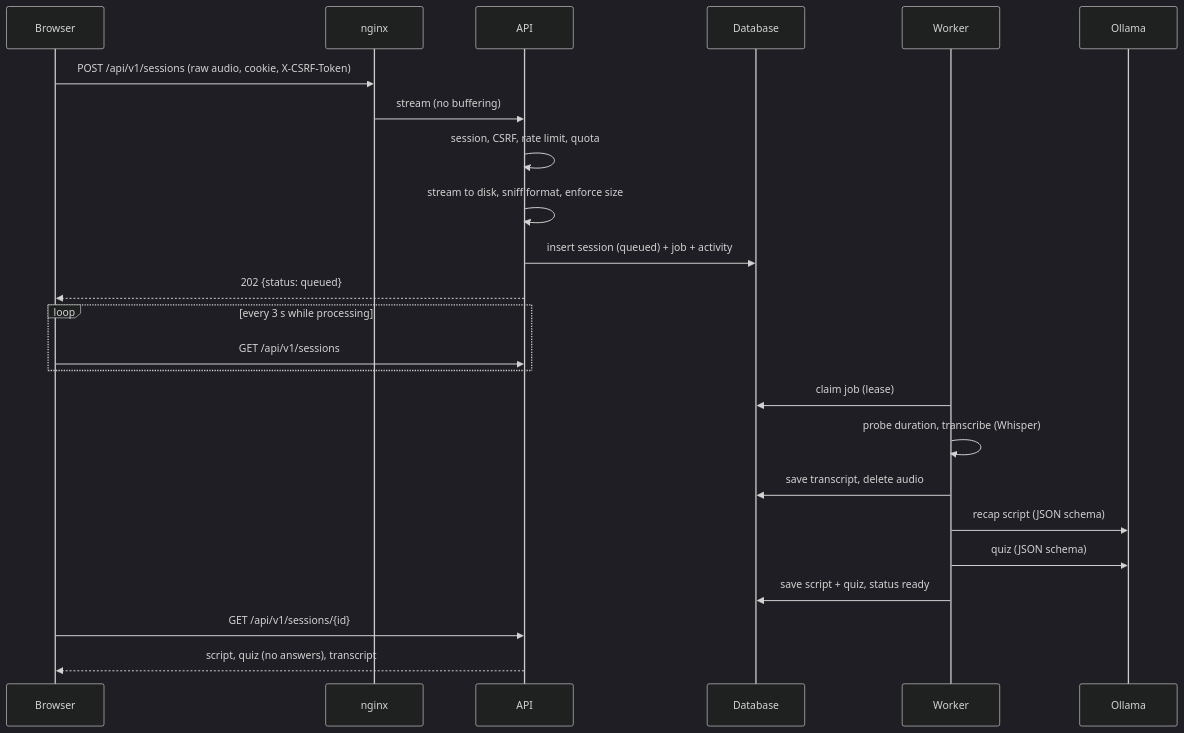
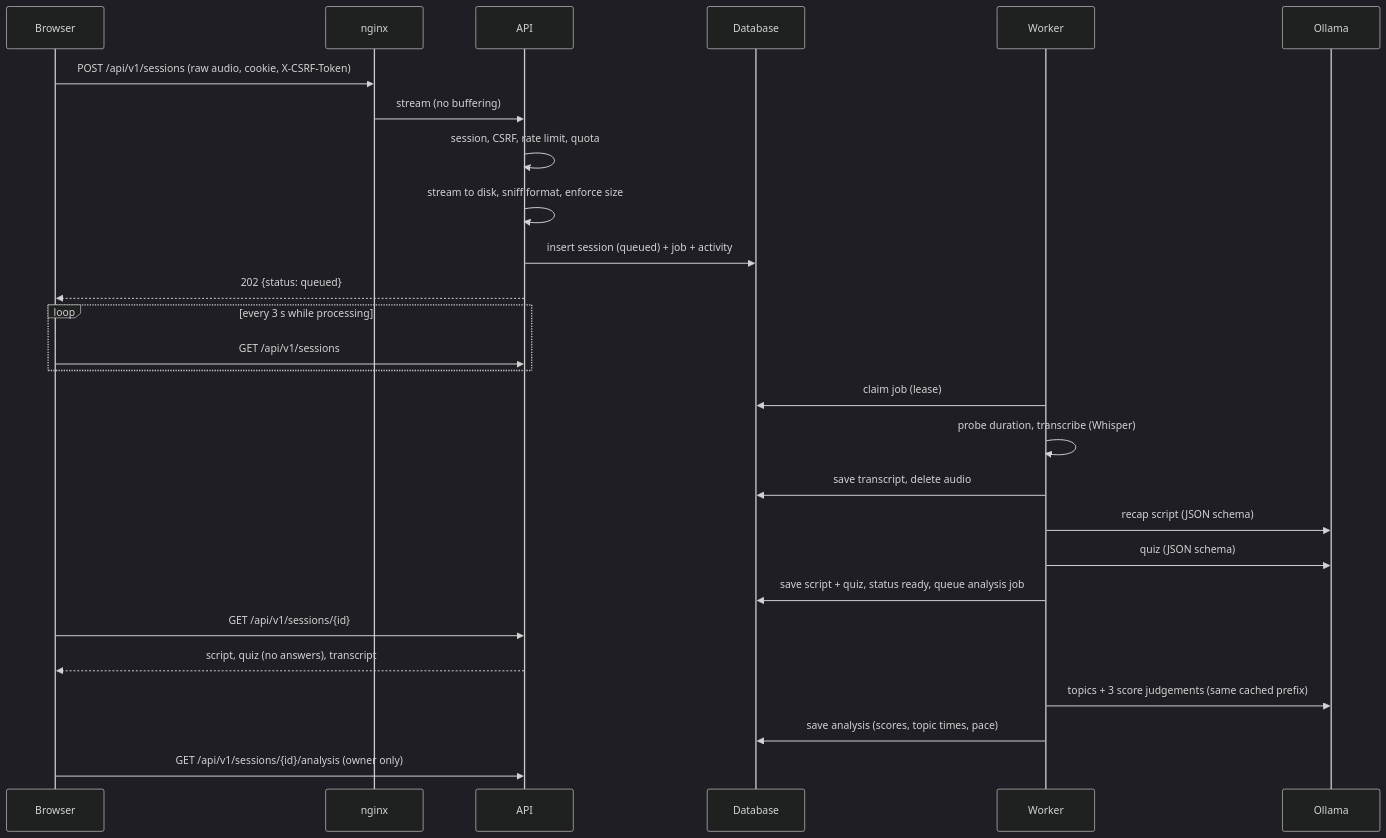
One commit to DieTatsache/TranscriptionTool changed the first of 2 diagrams in docs/ARCHITECTURE.md. Above: the diagram before and after it, drawn with Mermaid (dark theme). The commit also changed other lines of this file and 124 other files, not shown here.

````diff
--- a/docs/ARCHITECTURE.md
+++ b/docs/ARCHITECTURE.md
@@ -20,27 +20,30 @@
 ```mermaid
 sequenceDiagram
     participant B as Browser
     participant W as nginx
     participant A as API
     participant D as Database
     participant Q as Worker
     participant L as Ollama
 
     B->>W: POST /api/v1/sessions (raw audio, cookie, X-CSRF-Token)
     W->>A: stream (no buffering)
     A->>A: session, CSRF, rate limit, quota
     A->>A: stream to disk, sniff format, enforce size
     A->>D: insert session (queued) + job + activity
     A-->>B: 202 {status: queued}
     loop every 3 s while processing
         B->>A: GET /api/v1/sessions
     end
     Q->>D: claim job (lease)
     Q->>Q: probe duration, transcribe (Whisper)
     Q->>D: save transcript, delete audio
     Q->>L: recap script (JSON schema)
     Q->>L: quiz (JSON schema)
-    Q->>D: save script + quiz, status ready
+    Q->>D: save script + quiz, status ready, queue analysis job
     B->>A: GET /api/v1/sessions/{id}
     A-->>B: script, quiz (no answers), transcript
+    Q->>L: topics + 3 score judgements (same cached prefix)
+    Q->>D: save analysis (scores, topic times, pace)
+    B->>A: GET /api/v1/sessions/{id}/analysis (owner only)
 ```
````
